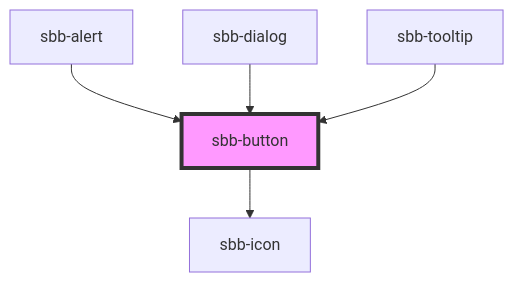
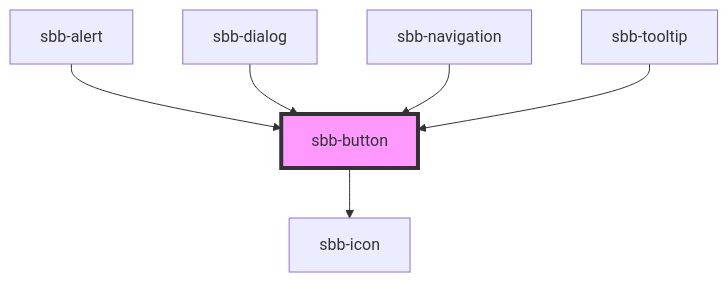
The diagram in src/components/sbb-button/readme.md (sbb-design-systems/lyne-components), drawn with Mermaid before and after one commit. The commit also changed other lines of this file and 4 other files, not shown here.

````diff
--- a/src/components/sbb-button/readme.md
+++ b/src/components/sbb-button/readme.md
@@ -89,8 +90,9 @@
 ```mermaid
 graph TD;
   sbb-button --> sbb-icon
   sbb-alert --> sbb-button
   sbb-dialog --> sbb-button
+  sbb-navigation --> sbb-button
   sbb-tooltip --> sbb-button
   style sbb-button fill:#f9f,stroke:#333,stroke-width:4px
 ```
````
